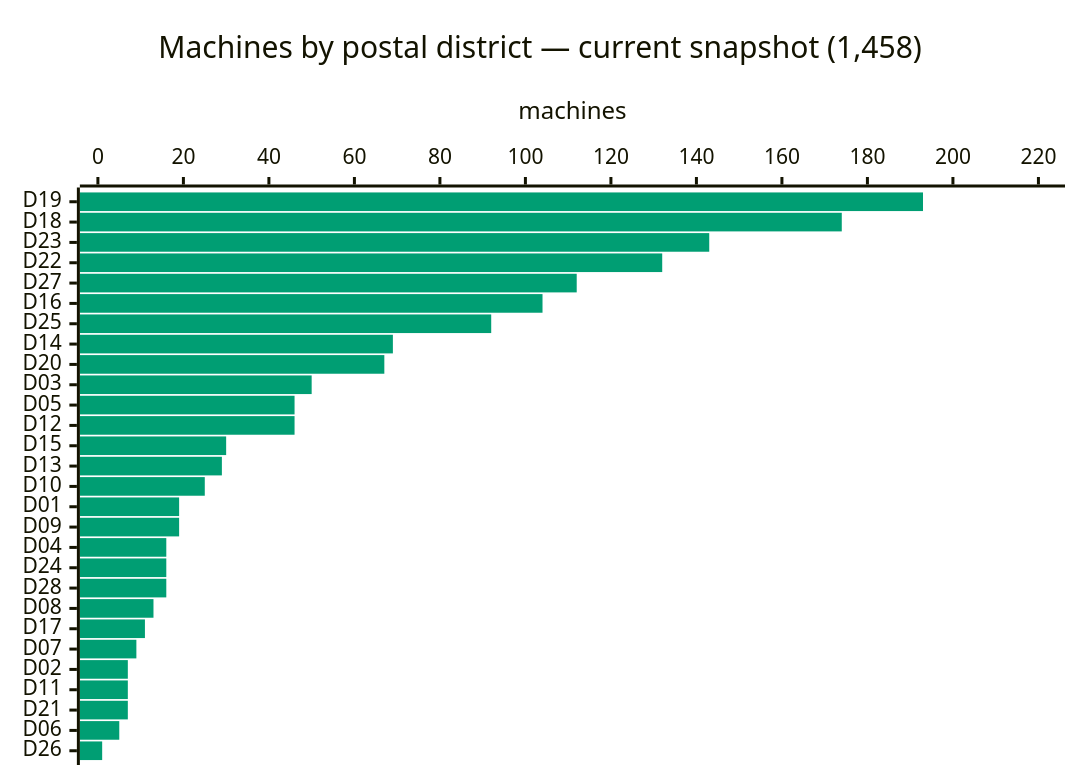
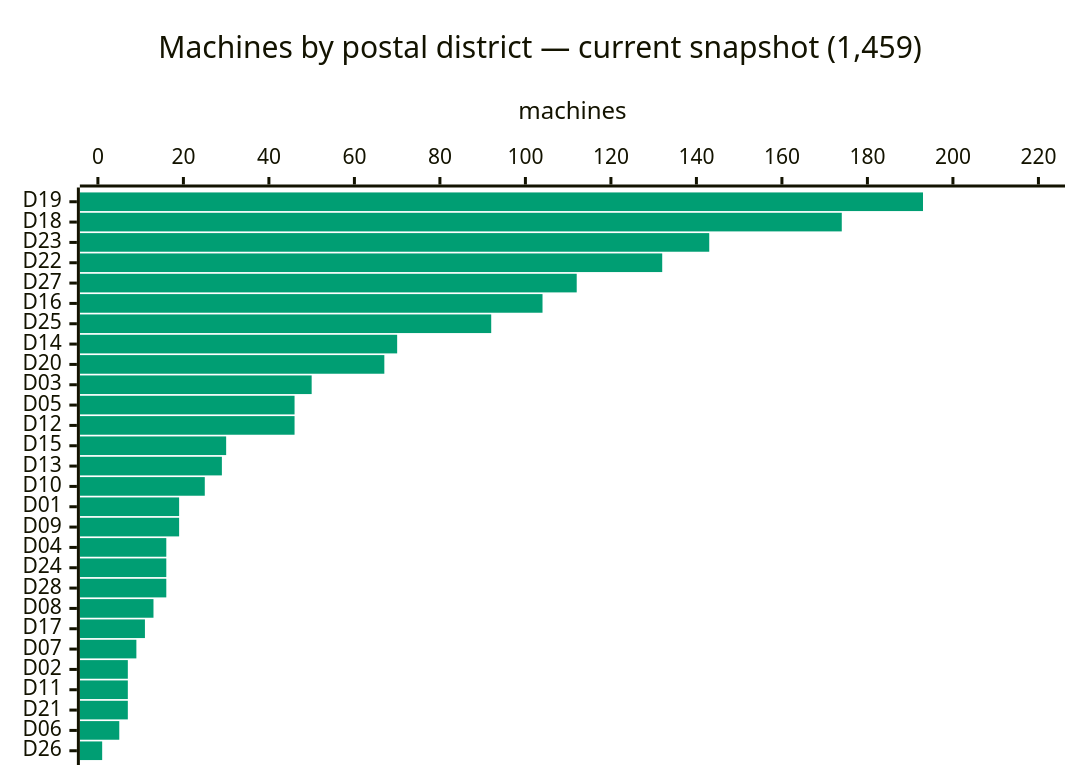
One commit to cheeaun/returnright-data changed the third of 5 diagrams in ANALYSIS.md. Above: the diagram before and after it, drawn with Mermaid. The commit also changed other lines of this file and 4 other files, not shown here.

````diff
--- a/ANALYSIS.md
+++ b/ANALYSIS.md
@@ -88,16 +90,16 @@
 ```mermaid
 ---
 config:
   themeVariables:
     xyChart:
       plotColorPalette: "#009E73"
   xyChart:
     chartOrientation: "horizontal"
     plotReservedSpacePercent: 40
 ---
 xychart-beta
-    title "Machines by postal district — current snapshot (1,458)"
+    title "Machines by postal district — current snapshot (1,459)"
     x-axis ["D19", "D18", "D23", "D22", "D27", "D16", "D25", "D14", "D20", "D03", "D05", "D12", "D15", "D13", "D10", "D01", "D09", "D04", "D24", "D28", "D08", "D17", "D07", "D02", "D11", "D21", "D06", "D26"]
     y-axis "machines" 0 --> 222
-    bar [193, 174, 143, 132, 112, 104, 92, 69, 67, 50, 46, 46, 30, 29, 25, 19, 19, 16, 16, 16, 13, 11, 9, 7, 7, 7, 5, 1]
+    bar [193, 174, 143, 132, 112, 104, 92, 70, 67, 50, 46, 46, 30, 29, 25, 19, 19, 16, 16, 16, 13, 11, 9, 7, 7, 7, 5, 1]
 ```
````
